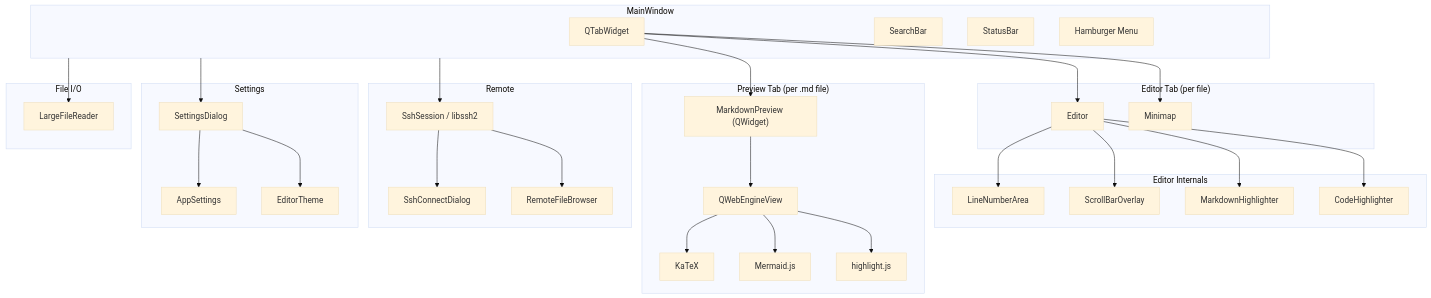
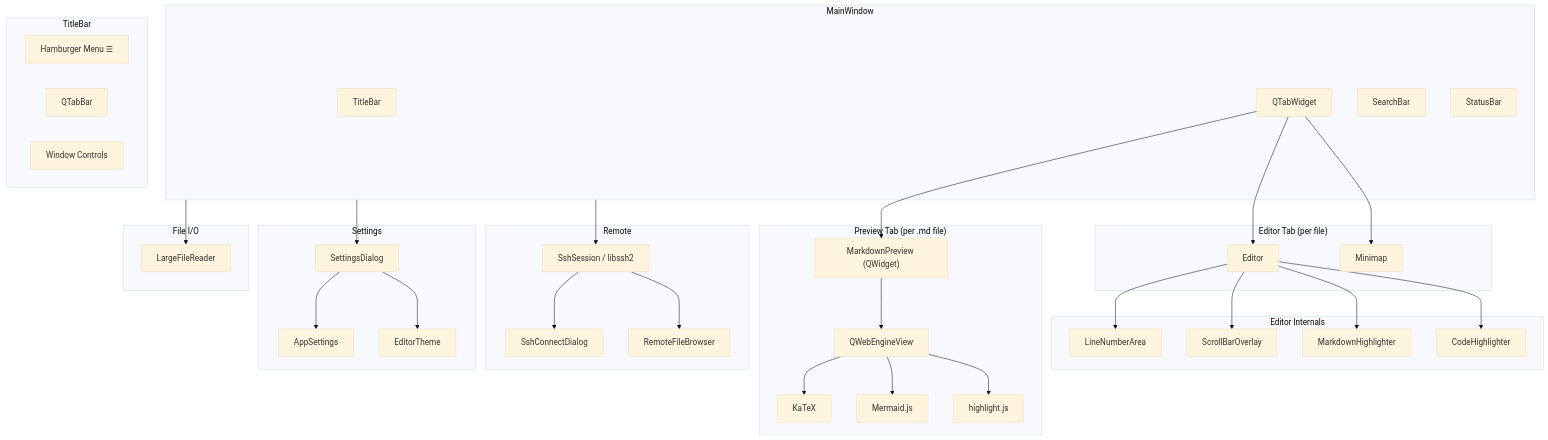
The first of 10 diagrams in docs/diagrams.md (dkrse/text-ed), drawn with Mermaid (base theme) before and after one commit. The commit also changed other lines of this file and 9 other files, not shown here.

````diff
--- a/docs/diagrams.md
+++ b/docs/diagrams.md
@@ -7,64 +7,70 @@
 ```mermaid
 graph TB
     subgraph MainWindow
+        TB[TitleBar]
         TW[QTabWidget]
         SB[SearchBar]
         STB[StatusBar]
-        HM[Hamburger Menu]
+    end
+
+    subgraph TitleBar
+        HM[Hamburger Menu ☰]
+        TBR[QTabBar]
+        WC[Window Controls]
     end
 
     subgraph "Editor Tab (per file)"
         ED[Editor]
         MM[Minimap]
     end
 
     subgraph Editor Internals
         LNA[LineNumberArea]
         SBO[ScrollBarOverlay]
         MH[MarkdownHighlighter]
         CH[CodeHighlighter]
     end
 
     subgraph "Preview Tab (per .md file)"
         MP["MarkdownPreview (QWidget)"]
         WV[QWebEngineView]
         KT[KaTeX]
         MJ[Mermaid.js]
         HJS[highlight.js]
     end
 
     subgraph Remote
         SSH[SshSession / libssh2]
         SCD[SshConnectDialog]
         RFB[RemoteFileBrowser]
     end
 
     subgraph Settings
         SD[SettingsDialog]
         AS[AppSettings]
         ET[EditorTheme]
     end
 
     subgraph File I/O
         LFR[LargeFileReader]
     end
 
     TW --> ED
     TW --> MM
     TW --> MP
     MP --> WV
     WV --> KT
     WV --> MJ
     WV --> HJS
     ED --> LNA
     ED --> SBO
     ED --> MH
     ED --> CH
     MainWindow --> SSH
     SSH --> SCD
     SSH --> RFB
     MainWindow --> SD
     SD --> AS
     SD --> ET
     MainWindow --> LFR
 ```
````
